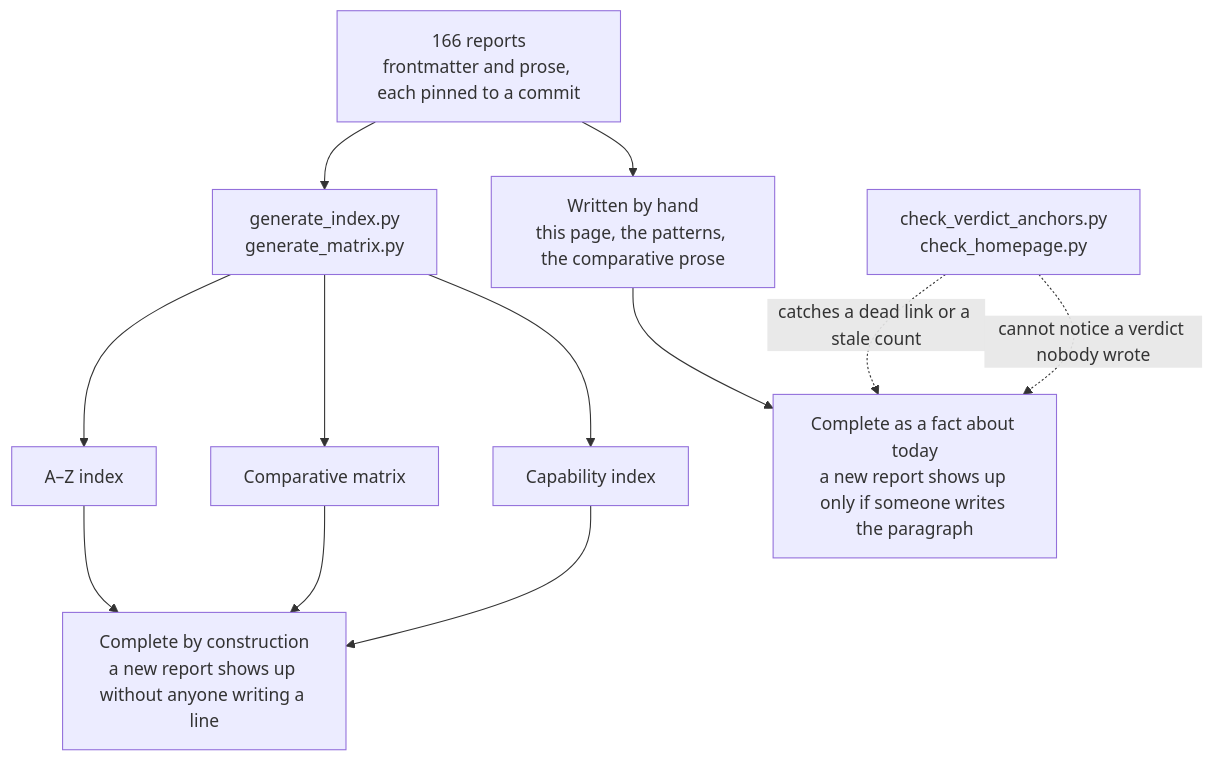
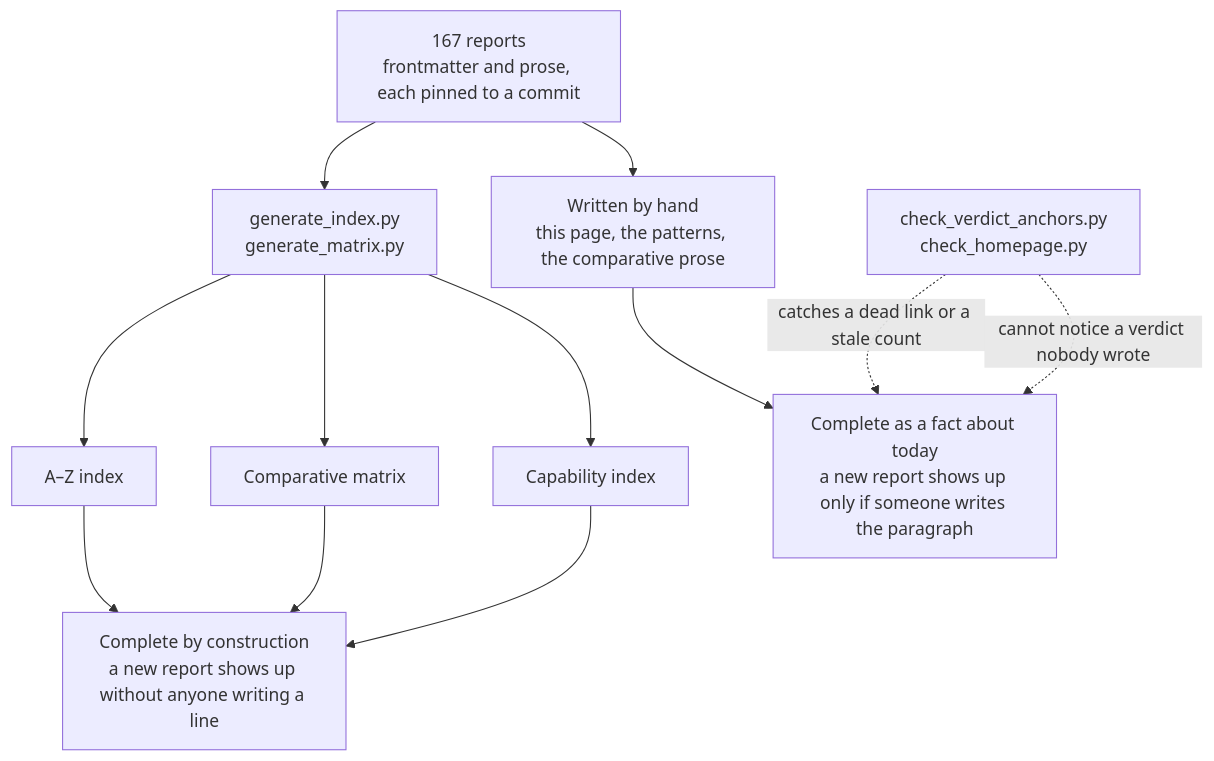
Before and after one commit to neoneye/agent-memory-atlas: the diagram in content/verdicts.md, drawn with Mermaid. The commit also changed other lines of this file and 190 other files, not shown here.

````diff
--- a/content/verdicts.md
+++ b/content/verdicts.md
@@ -40,15 +40,15 @@
 ```mermaid
 flowchart TD
-    R["166 reports<br/>frontmatter and prose, each pinned to a commit"]
+    R["167 reports<br/>frontmatter and prose, each pinned to a commit"]
     R --> GEN["generate_index.py<br/>generate_matrix.py"]
     R --> HAND["Written by hand<br/>this page, the patterns, the comparative prose"]
     GEN --> AZ["A–Z index"]
     GEN --> MX["Comparative matrix"]
     GEN --> CI["Capability index"]
     AZ --> CONST["Complete by construction<br/>a new report shows up without anyone writing a line"]
     MX --> CONST
     CI --> CONST
     HAND --> TODAY["Complete as a fact about today<br/>a new report shows up only if someone writes the paragraph"]
     CHK["check_verdict_anchors.py<br/>check_homepage.py"] -.->|"catches a dead link or a stale count"| TODAY
     CHK -.->|"cannot notice a verdict nobody wrote"| TODAY
 ```
````
